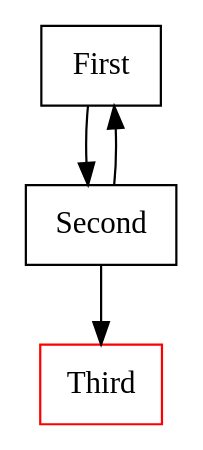
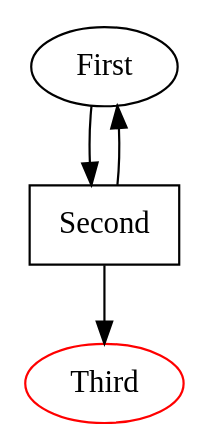
One commit to emden-norfolk/fountainedge changed the diagram in examples/test1_3.dot. Above: the diagram before and after it, drawn with Graphviz. The commit also changed 11 other files, not shown here.

```diff
--- a/examples/test1_3.dot
+++ b/examples/test1_3.dot
@@ -1,11 +1,11 @@
 digraph G {
 
-  v0 [label="First",id="1",shape="box"]
-  v1 [label="Second",id="2",shape="box"]
-  v2 [label="Third",id="3",shape="box",color="red"]
+  v0 [label="First",id="1",shape="oval",color="black"]
+  v1 [label="Second",id="2",shape="box",color="black"]
+  v2 [label="Third",id="3",shape="oval",color="red"]
 
   v0 -> v1
   v1 -> v2
   v1 -> v0
 
 }
```
